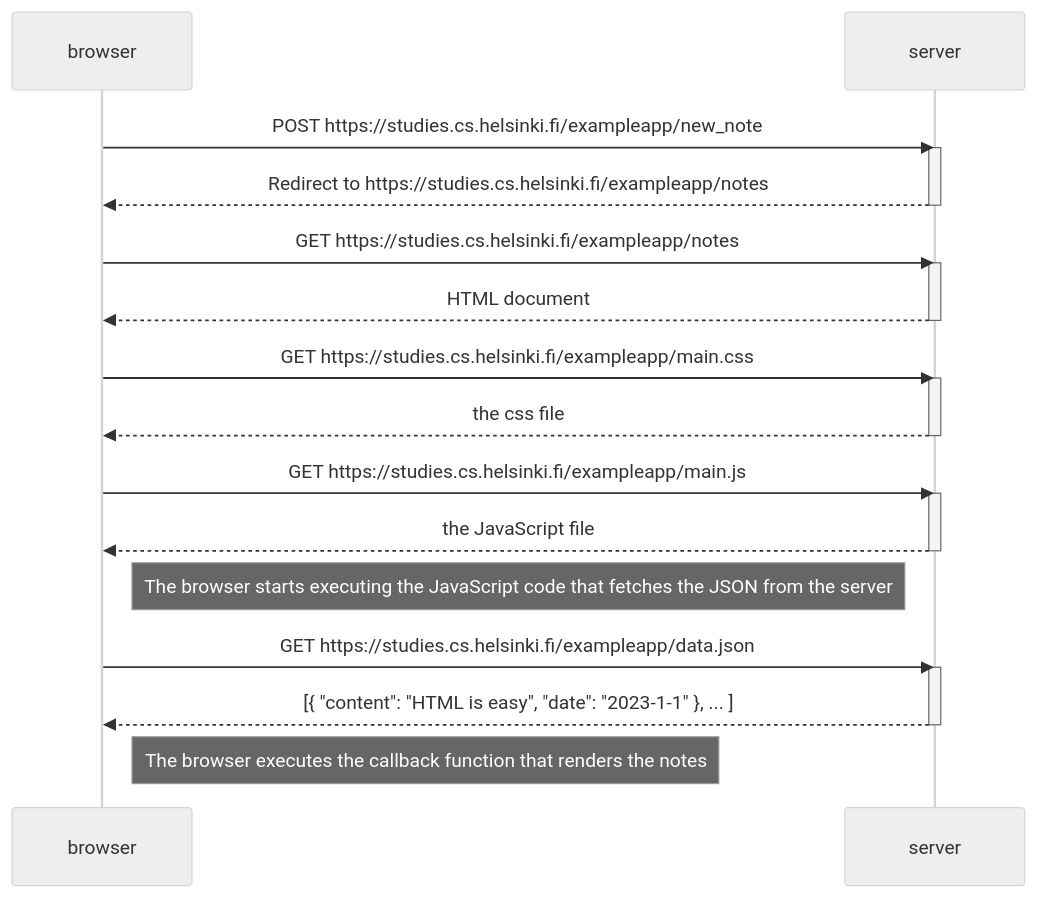
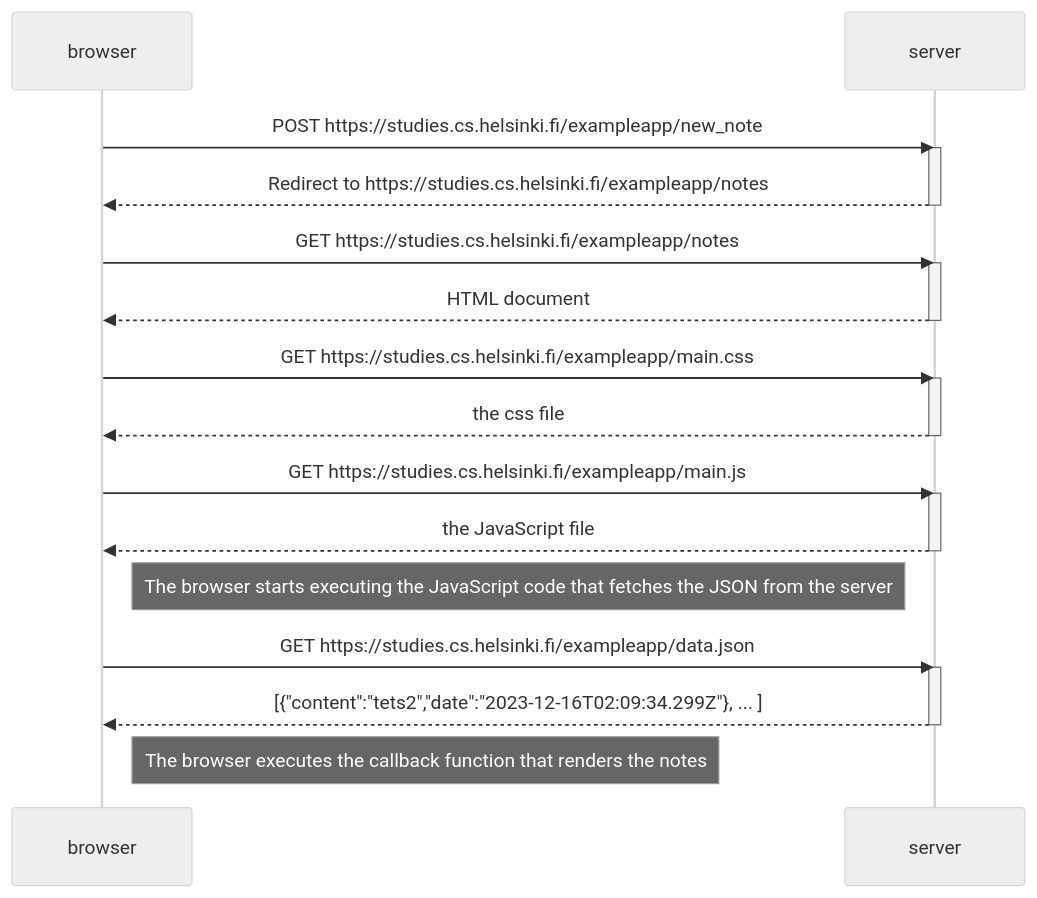
One commit to AntonyShaps/FSO changed the diagram in part0/NewNoteDiagram.md. Above: the diagram before and after it, drawn with Mermaid (neutral theme).

Commit message:
Update date

````diff
--- a/part0/NewNoteDiagram.md
+++ b/part0/NewNoteDiagram.md
@@ -1,34 +1,34 @@
 ```mermaid
 sequenceDiagram
     participant browser
     participant server
 
     browser->>server: POST https://studies.cs.helsinki.fi/exampleapp/new_note
     activate server
     server-->>browser: Redirect to https://studies.cs.helsinki.fi/exampleapp/notes
     deactivate server
 
     browser->>server: GET https://studies.cs.helsinki.fi/exampleapp/notes
     activate server
     server-->>browser: HTML document
     deactivate server
 
     browser->>server: GET https://studies.cs.helsinki.fi/exampleapp/main.css
     activate server
     server-->>browser: the css file
     deactivate server
 
     browser->>server: GET https://studies.cs.helsinki.fi/exampleapp/main.js
     activate server
     server-->>browser: the JavaScript file
     deactivate server
 
     Note right of browser: The browser starts executing the JavaScript code that fetches the JSON from the server
 
     browser->>server: GET https://studies.cs.helsinki.fi/exampleapp/data.json
     activate server
-    server-->>browser: [{ "content": "HTML is easy", "date": "2023-1-1" }, ... ]
+    server-->>browser: [{"content":"tets2","date":"2023-12-16T02:09:34.299Z"}, ... ]
     deactivate server
 
     Note right of browser: The browser executes the callback function that renders the notes
 ```
````
